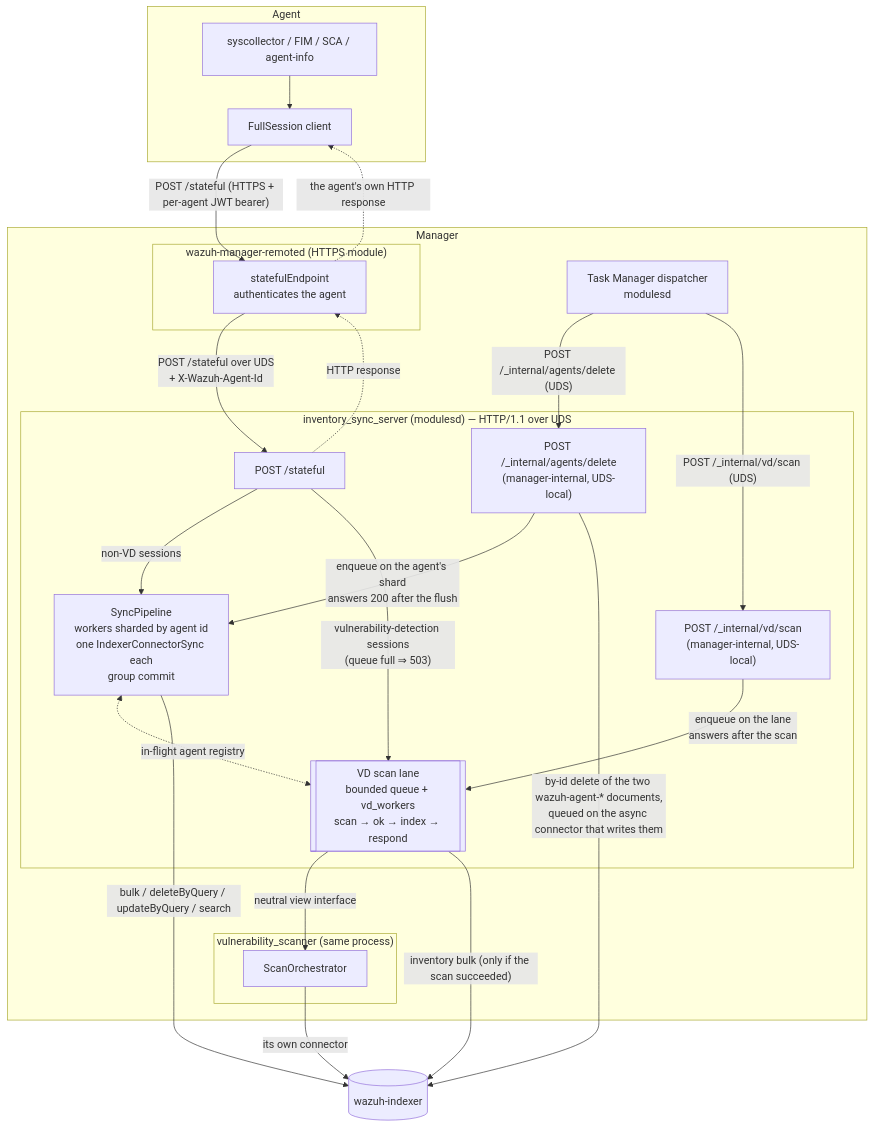
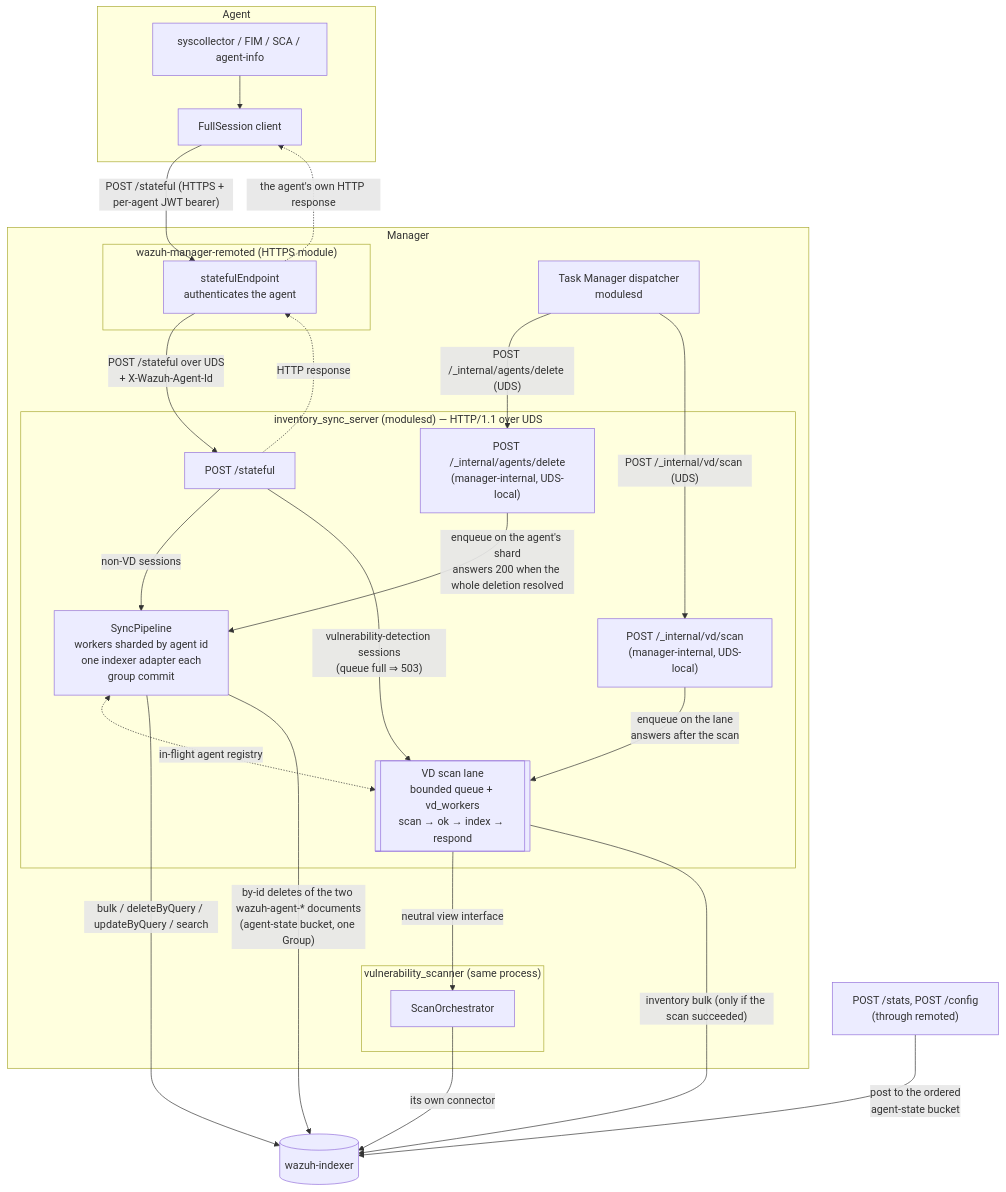
One commit to wazuh/wazuh changed the first of 4 diagrams in docs/ref/modules/inventory-sync-server/architecture.md. Above: the diagram before and after it, drawn with Mermaid. The commit also changed other lines of this file and 67 other files, not shown here.

````diff
--- a/docs/ref/modules/inventory-sync-server/architecture.md
+++ b/docs/ref/modules/inventory-sync-server/architecture.md
@@ -11,34 +11,35 @@
 ```mermaid
 flowchart TB
     subgraph Agent["Agent"]
         MOD[syscollector / FIM / SCA / agent-info] --> CLI[FullSession client]
     end
     CLI -->|"POST /stateful (HTTPS + per-agent JWT bearer)"| REME
 
     subgraph Manager
         subgraph remoted["wazuh-manager-remoted (HTTPS module)"]
             REME[statefulEndpoint\nauthenticates the agent]
         end
         subgraph ISS["inventory_sync_server (modulesd) — HTTP/1.1 over UDS"]
-            SYNCR["POST /stateful"] -->|non-VD sessions| PIPE[SyncPipeline\nworkers sharded by agent id\none IndexerConnectorSync each\ngroup commit]
+            SYNCR["POST /stateful"] -->|non-VD sessions| PIPE[SyncPipeline\nworkers sharded by agent id\none indexer adapter each\ngroup commit]
             SYNCR -->|"vulnerability-detection sessions\n(queue full ⇒ 503)"| LANE[[VD scan lane\nbounded queue + vd_workers\nscan → ok → index → respond]]
-            DELR["POST /_internal/agents/delete\n(manager-internal, UDS-local)"] -->|"enqueue on the agent's shard\nanswers 200 after the flush"| PIPE
+            DELR["POST /_internal/agents/delete\n(manager-internal, UDS-local)"] -->|"enqueue on the agent's shard\nanswers 200 when the whole deletion resolved"| PIPE
             SCANR["POST /_internal/vd/scan\n(manager-internal, UDS-local)"] -->|"enqueue on the lane\nanswers after the scan"| LANE
             PIPE <-.->|in-flight agent registry| LANE
         end
         REME -->|"POST /stateful over UDS\n+ X-Wazuh-Agent-Id"| SYNCR
         SYNCR -.->|HTTP response| REME
         TM[Task Manager dispatcher\nmodulesd] -->|"POST /_internal/agents/delete (UDS)"| DELR
         TM -->|"POST /_internal/vd/scan (UDS)"| SCANR
         subgraph VD["vulnerability_scanner (same process)"]
             ORCH[ScanOrchestrator]
         end
         LANE -->|neutral view interface| ORCH
     end
 
     REME -.->|the agent's own HTTP response| CLI
     PIPE -->|bulk / deleteByQuery / updateByQuery / search| IDX[(wazuh-indexer)]
     LANE -->|"inventory bulk (only if the scan succeeded)"| IDX
-    DELR -->|"by-id delete of the two wazuh-agent-* documents,\nqueued on the async connector that writes them"| IDX
+    STAT["POST /stats, POST /config\n(through remoted)"] -->|"post to the ordered\nagent-state bucket"| IDX
+    PIPE -->|"by-id deletes of the two wazuh-agent-* documents\n(agent-state bucket, one Group)"| IDX
     ORCH -->|its own connector| IDX
 ```
````
